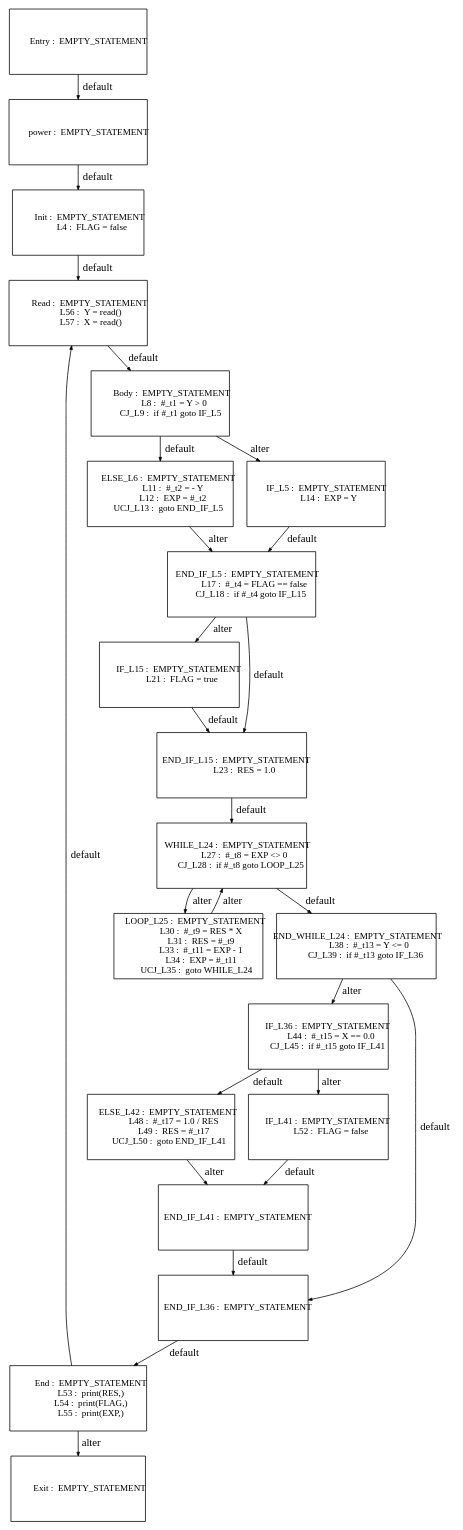
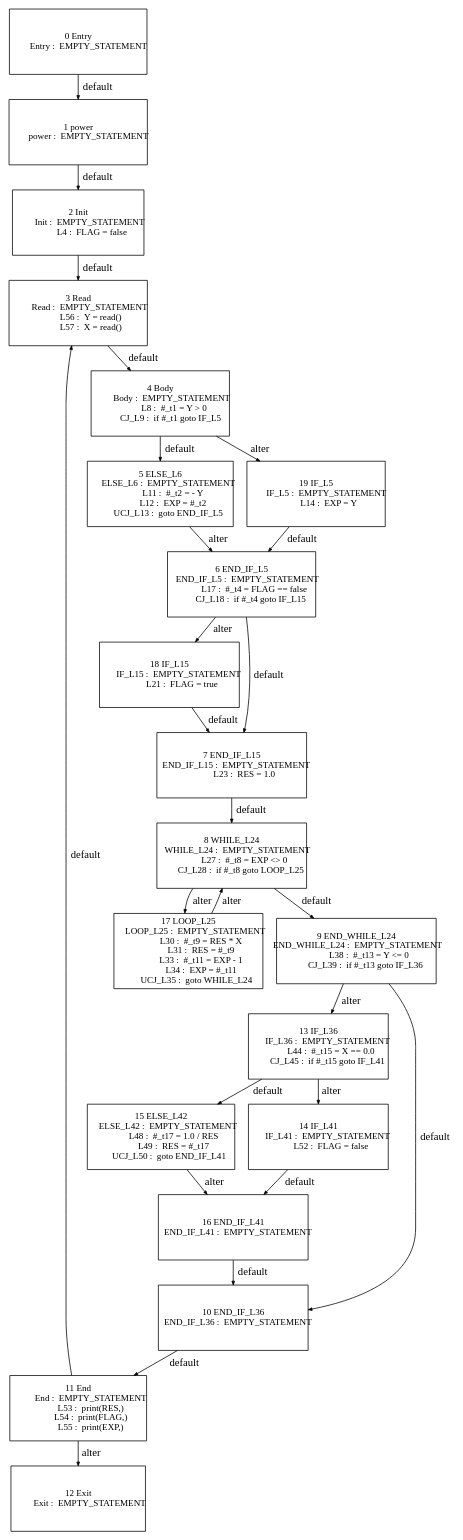
Before and after one commit to Geoffrey1014/ST_DSE: the diagram in tests_programs/paper1_tests/power_output/Graph_DSE_0.dot, drawn with Graphviz. The commit also changed 25 other files, not shown here.

```diff
--- a/tests_programs/paper1_tests/power_output/Graph_DSE_0.dot
+++ b/tests_programs/paper1_tests/power_output/Graph_DSE_0.dot
@@ -3,212 +3,282 @@
   edge [arrowsize=.5]
   node [shape=rectangle, fontname="ArialNarrow",
         fontsize=12,  height=1.2];
-  "          power :  EMPTY_STATEMENT
-"; "           Init :  EMPTY_STATEMENT
+  "1 power
+          power :  EMPTY_STATEMENT
+"; "2 Init
+           Init :  EMPTY_STATEMENT
              L4 :  FLAG = false
-"; "           Body :  EMPTY_STATEMENT
+"; "4 Body
+           Body :  EMPTY_STATEMENT
              L8 :  #_t1 = Y > 0
           CJ_L9 :  if #_t1 goto IF_L5
-"; "        ELSE_L6 :  EMPTY_STATEMENT
+"; "5 ELSE_L6
+        ELSE_L6 :  EMPTY_STATEMENT
             L11 :  #_t2 = - Y
             L12 :  EXP = #_t2
         UCJ_L13 :  goto END_IF_L5
-"; "          IF_L5 :  EMPTY_STATEMENT
+"; "19 IF_L5
+          IF_L5 :  EMPTY_STATEMENT
             L14 :  EXP = Y
-"; "      END_IF_L5 :  EMPTY_STATEMENT
+"; "6 END_IF_L5
+      END_IF_L5 :  EMPTY_STATEMENT
             L17 :  #_t4 = FLAG == false
          CJ_L18 :  if #_t4 goto IF_L15
-"; "         IF_L15 :  EMPTY_STATEMENT
+"; "18 IF_L15
+         IF_L15 :  EMPTY_STATEMENT
             L21 :  FLAG = true
-"; "     END_IF_L15 :  EMPTY_STATEMENT
+"; "7 END_IF_L15
+     END_IF_L15 :  EMPTY_STATEMENT
             L23 :  RES = 1.0
-"; "      WHILE_L24 :  EMPTY_STATEMENT
+"; "8 WHILE_L24
+      WHILE_L24 :  EMPTY_STATEMENT
             L27 :  #_t8 = EXP <> 0
          CJ_L28 :  if #_t8 goto LOOP_L25
-"; "       LOOP_L25 :  EMPTY_STATEMENT
+"; "17 LOOP_L25
+       LOOP_L25 :  EMPTY_STATEMENT
             L30 :  #_t9 = RES * X
             L31 :  RES = #_t9
             L33 :  #_t11 = EXP - 1
             L34 :  EXP = #_t11
         UCJ_L35 :  goto WHILE_L24
-"; "  END_WHILE_L24 :  EMPTY_STATEMENT
+"; "9 END_WHILE_L24
+  END_WHILE_L24 :  EMPTY_STATEMENT
             L38 :  #_t13 = Y <= 0
          CJ_L39 :  if #_t13 goto IF_L36
-"; "         IF_L36 :  EMPTY_STATEMENT
+"; "13 IF_L36
+         IF_L36 :  EMPTY_STATEMENT
             L44 :  #_t15 = X == 0.0
          CJ_L45 :  if #_t15 goto IF_L41
-"; "       ELSE_L42 :  EMPTY_STATEMENT
+"; "15 ELSE_L42
+       ELSE_L42 :  EMPTY_STATEMENT
             L48 :  #_t17 = 1.0 / RES
             L49 :  RES = #_t17
         UCJ_L50 :  goto END_IF_L41
-"; "         IF_L41 :  EMPTY_STATEMENT
+"; "14 IF_L41
+         IF_L41 :  EMPTY_STATEMENT
             L52 :  FLAG = false
-"; "     END_IF_L41 :  EMPTY_STATEMENT
-"; "     END_IF_L36 :  EMPTY_STATEMENT
-"; "          Entry :  EMPTY_STATEMENT
-"; "            End :  EMPTY_STATEMENT
+"; "16 END_IF_L41
+     END_IF_L41 :  EMPTY_STATEMENT
+"; "10 END_IF_L36
+     END_IF_L36 :  EMPTY_STATEMENT
+"; "0 Entry
+          Entry :  EMPTY_STATEMENT
+"; "11 End
+            End :  EMPTY_STATEMENT
             L53 :  print(RES,)
             L54 :  print(FLAG,)
             L55 :  print(EXP,)
-"; "           Read :  EMPTY_STATEMENT
+"; "3 Read
+           Read :  EMPTY_STATEMENT
             L56 :  Y = read()
             L57 :  X = read()
-"; "           Exit :  EMPTY_STATEMENT
+"; "12 Exit
+           Exit :  EMPTY_STATEMENT
 "; 
-  "          power :  EMPTY_STATEMENT
-" -> "           Init :  EMPTY_STATEMENT
+  "1 power
+          power :  EMPTY_STATEMENT
+" -> "2 Init
+           Init :  EMPTY_STATEMENT
              L4 :  FLAG = false
 "  [label="default"];
-  "           Init :  EMPTY_STATEMENT
+  "2 Init
+           Init :  EMPTY_STATEMENT
              L4 :  FLAG = false
-" -> "           Read :  EMPTY_STATEMENT
+" -> "3 Read
+           Read :  EMPTY_STATEMENT
             L56 :  Y = read()
             L57 :  X = read()
 "  [label="default"];
-  "           Body :  EMPTY_STATEMENT
+  "4 Body
+           Body :  EMPTY_STATEMENT
              L8 :  #_t1 = Y > 0
           CJ_L9 :  if #_t1 goto IF_L5
-" -> "        ELSE_L6 :  EMPTY_STATEMENT
+" -> "5 ELSE_L6
+        ELSE_L6 :  EMPTY_STATEMENT
             L11 :  #_t2 = - Y
             L12 :  EXP = #_t2
         UCJ_L13 :  goto END_IF_L5
 "  [label="default"];
-  "           Body :  EMPTY_STATEMENT
+  "4 Body
+           Body :  EMPTY_STATEMENT
              L8 :  #_t1 = Y > 0
           CJ_L9 :  if #_t1 goto IF_L5
-" -> "          IF_L5 :  EMPTY_STATEMENT
+" -> "19 IF_L5
+          IF_L5 :  EMPTY_STATEMENT
             L14 :  EXP = Y
 "  [label="alter"];
-  "        ELSE_L6 :  EMPTY_STATEMENT
+  "5 ELSE_L6
+        ELSE_L6 :  EMPTY_STATEMENT
             L11 :  #_t2 = - Y
             L12 :  EXP = #_t2
         UCJ_L13 :  goto END_IF_L5
-" -> "      END_IF_L5 :  EMPTY_STATEMENT
+" -> "6 END_IF_L5
+      END_IF_L5 :  EMPTY_STATEMENT
             L17 :  #_t4 = FLAG == false
          CJ_L18 :  if #_t4 goto IF_L15
 "  [label="alter"];
-  "          IF_L5 :  EMPTY_STATEMENT
+  "19 IF_L5
+          IF_L5 :  EMPTY_STATEMENT
             L14 :  EXP = Y
-" -> "      END_IF_L5 :  EMPTY_STATEMENT
+" -> "6 END_IF_L5
+      END_IF_L5 :  EMPTY_STATEMENT
             L17 :  #_t4 = FLAG == false
          CJ_L18 :  if #_t4 goto IF_L15
 "  [label="default"];
-  "      END_IF_L5 :  EMPTY_STATEMENT
+  "6 END_IF_L5
+      END_IF_L5 :  EMPTY_STATEMENT
             L17 :  #_t4 = FLAG == false
          CJ_L18 :  if #_t4 goto IF_L15
-" -> "     END_IF_L15 :  EMPTY_STATEMENT
+" -> "7 END_IF_L15
+     END_IF_L15 :  EMPTY_STATEMENT
             L23 :  RES = 1.0
 "  [label="default"];
-  "      END_IF_L5 :  EMPTY_STATEMENT
+  "6 END_IF_L5
+      END_IF_L5 :  EMPTY_STATEMENT
             L17 :  #_t4 = FLAG == false
          CJ_L18 :  if #_t4 goto IF_L15
-" -> "         IF_L15 :  EMPTY_STATEMENT
+" -> "18 IF_L15
+         IF_L15 :  EMPTY_STATEMENT
             L21 :  FLAG = true
 "  [label="alter"];
-  "         IF_L15 :  EMPTY_STATEMENT
+  "18 IF_L15
+         IF_L15 :  EMPTY_STATEMENT
             L21 :  FLAG = true
-" -> "     END_IF_L15 :  EMPTY_STATEMENT
+" -> "7 END_IF_L15
+     END_IF_L15 :  EMPTY_STATEMENT
             L23 :  RES = 1.0
 "  [label="default"];
-  "     END_IF_L15 :  EMPTY_STATEMENT
+  "7 END_IF_L15
+     END_IF_L15 :  EMPTY_STATEMENT
             L23 :  RES = 1.0
-" -> "      WHILE_L24 :  EMPTY_STATEMENT
+" -> "8 WHILE_L24
+      WHILE_L24 :  EMPTY_STATEMENT
             L27 :  #_t8 = EXP <> 0
          CJ_L28 :  if #_t8 goto LOOP_L25
 "  [label="default"];
-  "      WHILE_L24 :  EMPTY_STATEMENT
+  "8 WHILE_L24
+      WHILE_L24 :  EMPTY_STATEMENT
             L27 :  #_t8 = EXP <> 0
          CJ_L28 :  if #_t8 goto LOOP_L25
-" -> "  END_WHILE_L24 :  EMPTY_STATEMENT
+" -> "9 END_WHILE_L24
+  END_WHILE_L24 :  EMPTY_STATEMENT
             L38 :  #_t13 = Y <= 0
          CJ_L39 :  if #_t13 goto IF_L36
 "  [label="default"];
-  "      WHILE_L24 :  EMPTY_STATEMENT
+  "8 WHILE_L24
+      WHILE_L24 :  EMPTY_STATEMENT
             L27 :  #_t8 = EXP <> 0
          CJ_L28 :  if #_t8 goto LOOP_L25
-" -> "       LOOP_L25 :  EMPTY_STATEMENT
+" -> "17 LOOP_L25
+       LOOP_L25 :  EMPTY_STATEMENT
             L30 :  #_t9 = RES * X
             L31 :  RES = #_t9
             L33 :  #_t11 = EXP - 1
             L34 :  EXP = #_t11
         UCJ_L35 :  goto WHILE_L24
 "  [label="alter"];
-  "       LOOP_L25 :  EMPTY_STATEMENT
+  "17 LOOP_L25
+       LOOP_L25 :  EMPTY_STATEMENT
             L30 :  #_t9 = RES * X
             L31 :  RES = #_t9
             L33 :  #_t11 = EXP - 1
             L34 :  EXP = #_t11
         UCJ_L35 :  goto WHILE_L24
-" -> "      WHILE_L24 :  EMPTY_STATEMENT
+" -> "8 WHILE_L24
+      WHILE_L24 :  EMPTY_STATEMENT
             L27 :  #_t8 = EXP <> 0
          CJ_L28 :  if #_t8 goto LOOP_L25
 "  [label="alter"];
-  "  END_WHILE_L24 :  EMPTY_STATEMENT
+  "9 END_WHILE_L24
+  END_WHILE_L24 :  EMPTY_STATEMENT
             L38 :  #_t13 = Y <= 0
          CJ_L39 :  if #_t13 goto IF_L36
-" -> "     END_IF_L36 :  EMPTY_STATEMENT
+" -> "10 END_IF_L36
+     END_IF_L36 :  EMPTY_STATEMENT
 "  [label="default"];
-  "  END_WHILE_L24 :  EMPTY_STATEMENT
+  "9 END_WHILE_L24
+  END_WHILE_L24 :  EMPTY_STATEMENT
             L38 :  #_t13 = Y <= 0
          CJ_L39 :  if #_t13 goto IF_L36
-" -> "         IF_L36 :  EMPTY_STATEMENT
+" -> "13 IF_L36
+         IF_L36 :  EMPTY_STATEMENT
             L44 :  #_t15 = X == 0.0
          CJ_L45 :  if #_t15 goto IF_L41
 "  [label="alter"];
-  "         IF_L36 :  EMPTY_STATEMENT
+  "13 IF_L36
+         IF_L36 :  EMPTY_STATEMENT
             L44 :  #_t15 = X == 0.0
          CJ_L45 :  if #_t15 goto IF_L41
-" -> "       ELSE_L42 :  EMPTY_STATEMENT
+" -> "15 ELSE_L42
+       ELSE_L42 :  EMPTY_STATEMENT
             L48 :  #_t17 = 1.0 / RES
             L49 :  RES = #_t17
         UCJ_L50 :  goto END_IF_L41
 "  [label="default"];
-  "         IF_L36 :  EMPTY_STATEMENT
+  "13 IF_L36
+         IF_L36 :  EMPTY_STATEMENT
             L44 :  #_t15 = X == 0.0
          CJ_L45 :  if #_t15 goto IF_L41
-" -> "         IF_L41 :  EMPTY_STATEMENT
+" -> "14 IF_L41
+         IF_L41 :  EMPTY_STATEMENT
             L52 :  FLAG = false
 "  [label="alter"];
-  "       ELSE_L42 :  EMPTY_STATEMENT
+  "15 ELSE_L42
+       ELSE_L42 :  EMPTY_STATEMENT
             L48 :  #_t17 = 1.0 / RES
             L49 :  RES = #_t17
         UCJ_L50 :  goto END_IF_L41
-" -> "     END_IF_L41 :  EMPTY_STATEMENT
+" -> "16 END_IF_L41
+     END_IF_L41 :  EMPTY_STATEMENT
 "  [label="alter"];
-  "         IF_L41 :  EMPTY_STATEMENT
+  "14 IF_L41
+         IF_L41 :  EMPTY_STATEMENT
             L52 :  FLAG = false
-" -> "     END_IF_L41 :  EMPTY_STATEMENT
+" -> "16 END_IF_L41
+     END_IF_L41 :  EMPTY_STATEMENT
 "  [label="default"];
-  "     END_IF_L41 :  EMPTY_STATEMENT
-" -> "     END_IF_L36 :  EMPTY_STATEMENT
+  "16 END_IF_L41
+     END_IF_L41 :  EMPTY_STATEMENT
+" -> "10 END_IF_L36
+     END_IF_L36 :  EMPTY_STATEMENT
 "  [label="default"];
-  "     END_IF_L36 :  EMPTY_STATEMENT
-" -> "            End :  EMPTY_STATEMENT
+  "10 END_IF_L36
+     END_IF_L36 :  EMPTY_STATEMENT
+" -> "11 End
+            End :  EMPTY_STATEMENT
             L53 :  print(RES,)
             L54 :  print(FLAG,)
             L55 :  print(EXP,)
 "  [label="default"];
-  "          Entry :  EMPTY_STATEMENT
-" -> "          power :  EMPTY_STATEMENT
+  "0 Entry
+          Entry :  EMPTY_STATEMENT
+" -> "1 power
+          power :  EMPTY_STATEMENT
 "  [label="default"];
-  "            End :  EMPTY_STATEMENT
+  "11 End
+            End :  EMPTY_STATEMENT
             L53 :  print(RES,)
             L54 :  print(FLAG,)
             L55 :  print(EXP,)
-" -> "           Read :  EMPTY_STATEMENT
+" -> "3 Read
+           Read :  EMPTY_STATEMENT
             L56 :  Y = read()
             L57 :  X = read()
 "  [label="default"];
-  "            End :  EMPTY_STATEMENT
+  "11 End
+            End :  EMPTY_STATEMENT
             L53 :  print(RES,)
             L54 :  print(FLAG,)
             L55 :  print(EXP,)
-" -> "           Exit :  EMPTY_STATEMENT
+" -> "12 Exit
+           Exit :  EMPTY_STATEMENT
 "  [label="alter"];
-  "           Read :  EMPTY_STATEMENT
+  "3 Read
+           Read :  EMPTY_STATEMENT
             L56 :  Y = read()
             L57 :  X = read()
-" -> "           Body :  EMPTY_STATEMENT
+" -> "4 Body
+           Body :  EMPTY_STATEMENT
              L8 :  #_t1 = Y > 0
           CJ_L9 :  if #_t1 goto IF_L5
 "  [label="default"];
```
